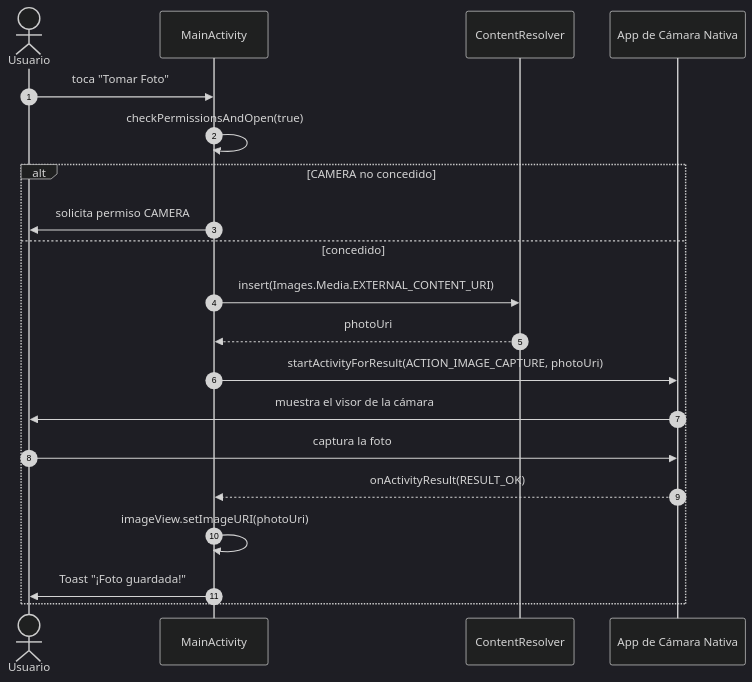
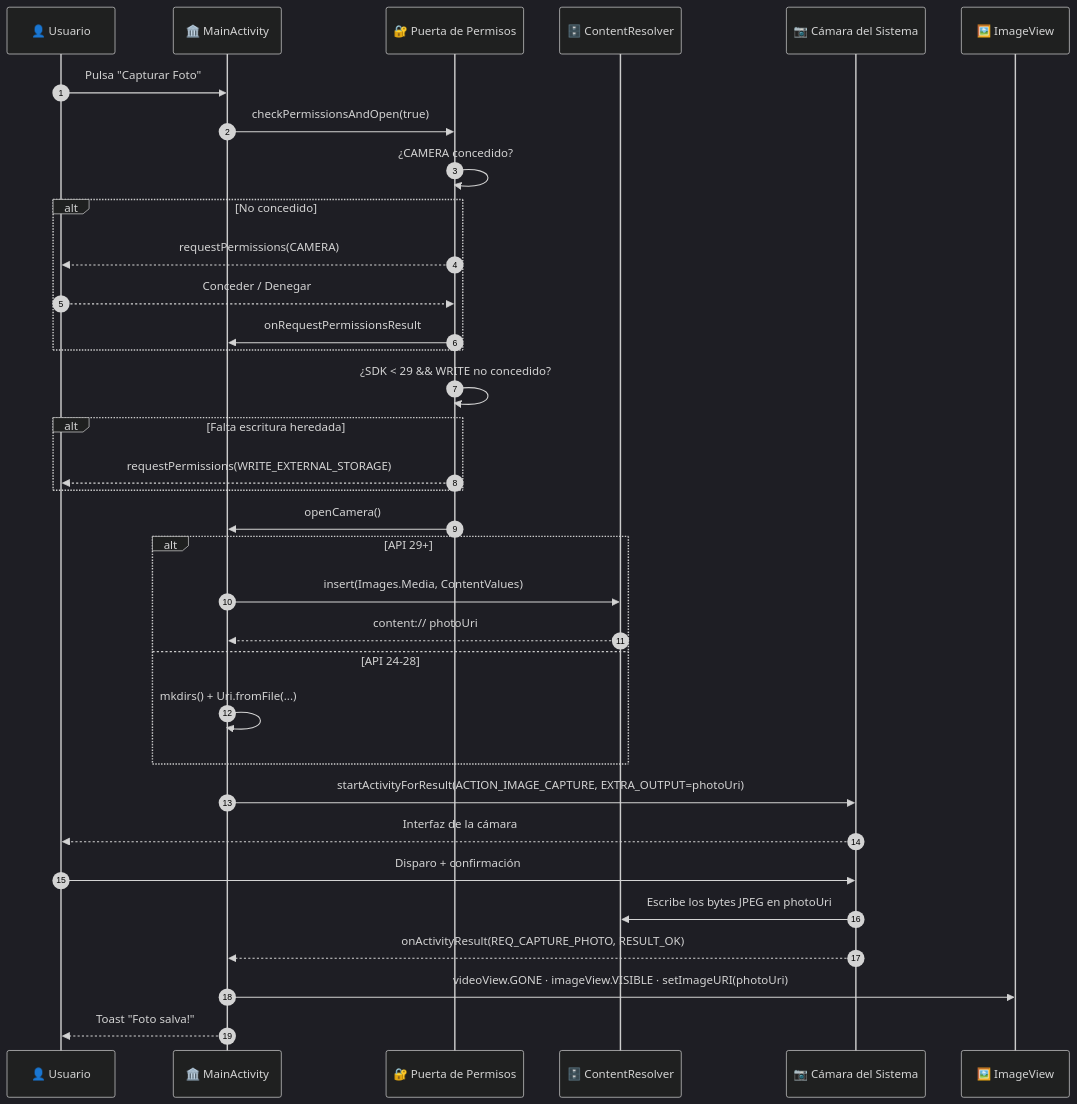
Before and after one commit to VictorHJesusSantiago/AppCamera: the fourth of 9 diagrams in README_ES.md, drawn with Mermaid (dark theme). The commit also changed other lines of this file and 2 other files, not shown here.

````diff
--- a/README_ES.md
+++ b/README_ES.md
@@ -619,23 +755,37 @@
 ```mermaid
 sequenceDiagram
     autonumber
-    actor User as Usuario
-    participant MainActivity
-    participant ContentResolver
-    participant NativeCamera as App de Cámara Nativa
+    participant U as 👤 Usuario
+    participant A as 🏛️ MainActivity
+    participant P as 🔐 Puerta de Permisos
+    participant R as 🗄️ ContentResolver
+    participant C as 📷 Cámara del Sistema
+    participant V as 🖼️ ImageView
 
-    User->>MainActivity: toca "Tomar Foto"
-    MainActivity->>MainActivity: checkPermissionsAndOpen(true)
-    alt CAMERA no concedido
-        MainActivity->>User: solicita permiso CAMERA
-    else concedido
-        MainActivity->>ContentResolver: insert(Images.Media.EXTERNAL_CONTENT_URI)
-        ContentResolver-->>MainActivity: photoUri
-        MainActivity->>NativeCamera: startActivityForResult(ACTION_IMAGE_CAPTURE, photoUri)
-        NativeCamera->>User: muestra el visor de la cámara
-        User->>NativeCamera: captura la foto
-        NativeCamera-->>MainActivity: onActivityResult(RESULT_OK)
-        MainActivity->>MainActivity: imageView.setImageURI(photoUri)
-        MainActivity->>User: Toast "¡Foto guardada!"
+    U->>A: Pulsa "Capturar Foto"
+    A->>P: checkPermissionsAndOpen(true)
+    P->>P: ¿CAMERA concedido?
+    alt No concedido
+        P-->>U: requestPermissions(CAMERA)
+        U-->>P: Conceder / Denegar
+        P->>A: onRequestPermissionsResult
     end
+    P->>P: ¿SDK < 29 && WRITE no concedido?
+    alt Falta escritura heredada
+        P-->>U: requestPermissions(WRITE_EXTERNAL_STORAGE)
+    end
+    P->>A: openCamera()
+    alt API 29+
+        A->>R: insert(Images.Media, ContentValues)
+        R-->>A: content:// photoUri
+    else API 24-28
+        A->>A: mkdirs() + Uri.fromFile(...)
+    end
+    A->>C: startActivityForResult(ACTION_IMAGE_CAPTURE, EXTRA_OUTPUT=photoUri)
+    C-->>U: Interfaz de la cámara
+    U->>C: Disparo + confirmación
+    C->>R: Escribe los bytes JPEG en photoUri
+    C-->>A: onActivityResult(REQ_CAPTURE_PHOTO, RESULT_OK)
+    A->>V: videoView.GONE · imageView.VISIBLE · setImageURI(photoUri)
+    A-->>U: Toast "Foto salva!"
 ```
````
